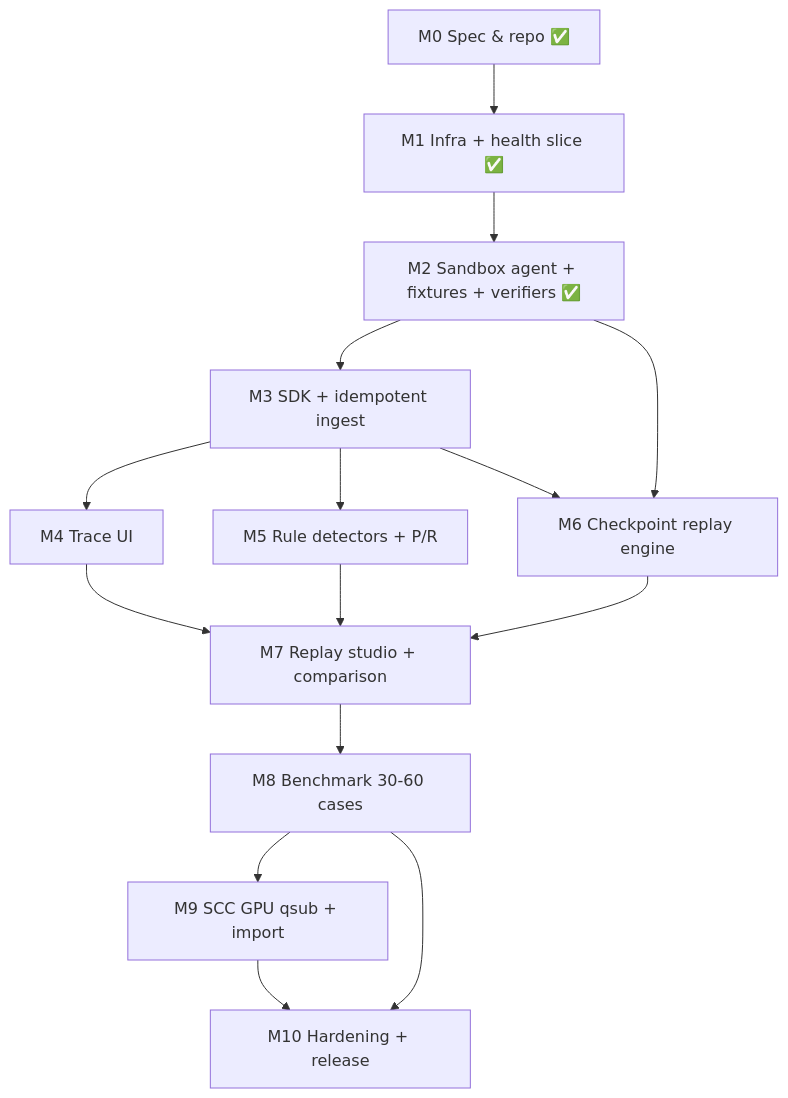
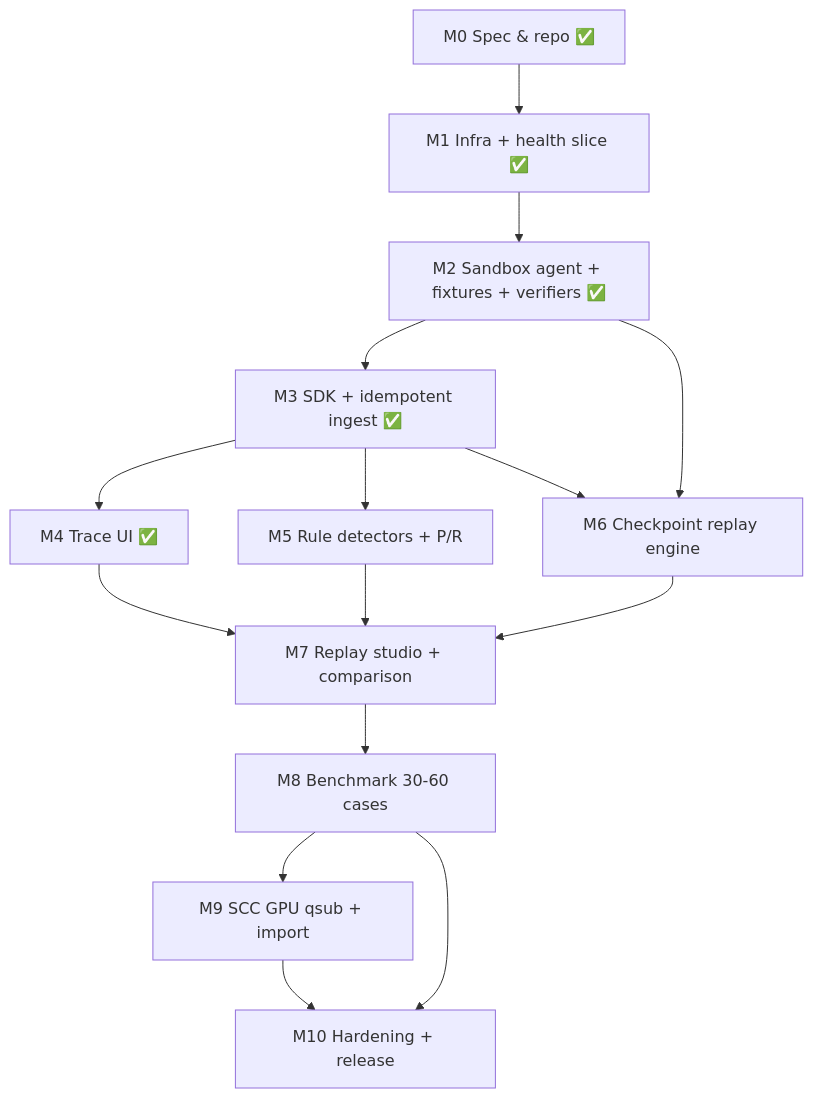
One commit to Kaushik2AI/agent-blackbox changed the third of 3 diagrams in docs/architecture.md. Above: the diagram before and after it, drawn with Mermaid. The commit also changed other lines of this file and 60 other files, not shown here.

Commit message:
M3+M4: BlackBox SDK, idempotent ingest, execution inspector dashboard

````diff
--- a/docs/architecture.md
+++ b/docs/architecture.md
@@ -89,17 +89,17 @@
 ```mermaid
 flowchart TD
   M0[M0 Spec & repo ✅] --> M1[M1 Infra + health slice ✅]
   M1 --> M2[M2 Sandbox agent + fixtures + verifiers ✅]
-  M2 --> M3[M3 SDK + idempotent ingest]
-  M3 --> M4[M4 Trace UI]
+  M2 --> M3[M3 SDK + idempotent ingest ✅]
+  M3 --> M4[M4 Trace UI ✅]
   M3 --> M5[M5 Rule detectors + P/R]
   M2 --> M6[M6 Checkpoint replay engine]
   M3 --> M6
   M4 --> M7[M7 Replay studio + comparison]
   M5 --> M7
   M6 --> M7
   M7 --> M8[M8 Benchmark 30-60 cases]
   M8 --> M9[M9 SCC GPU qsub + import]
   M8 --> M10[M10 Hardening + release]
   M9 --> M10
 ```
````
